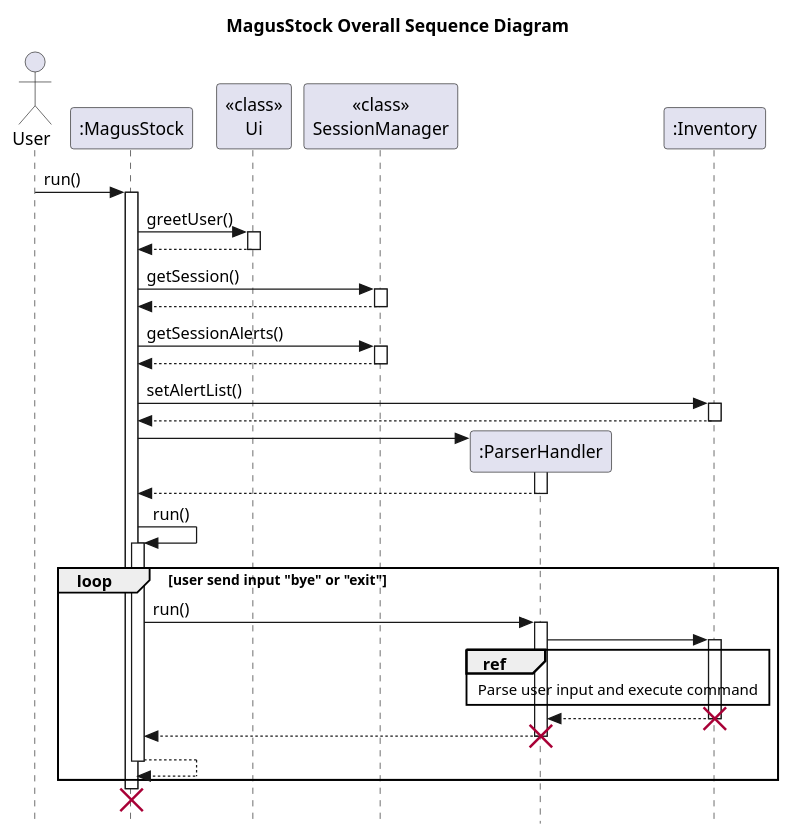
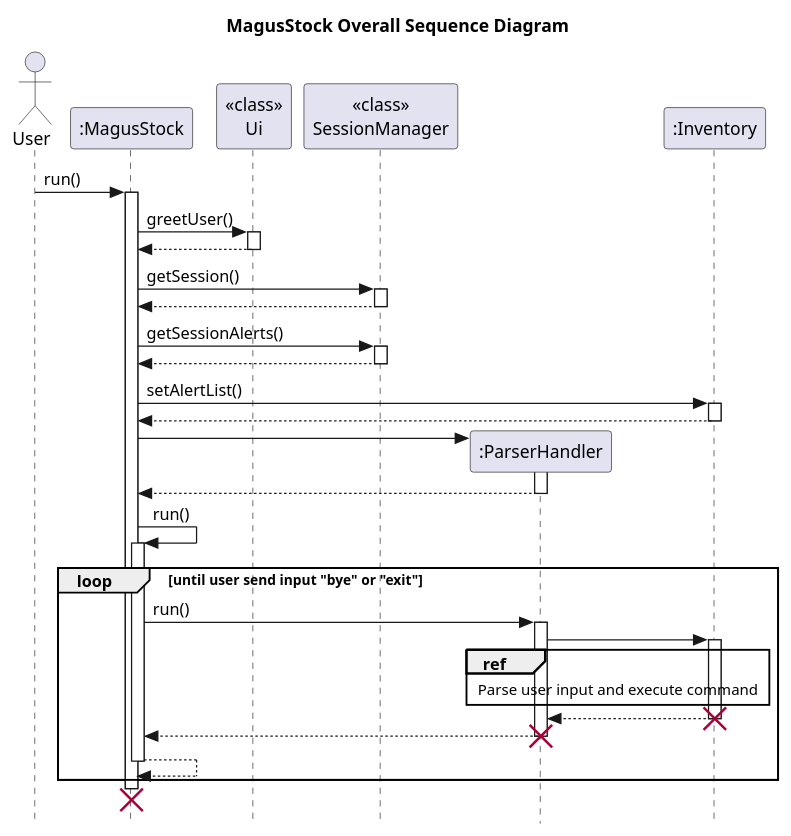
The diagram in docs/SequenceDiagram.puml (nus-cs2113-AY2223S2/tp), drawn with PlantUML before and after one commit. The commit also changed 2 other files, not shown here.

```diff
--- a/docs/SequenceDiagram.puml
+++ b/docs/SequenceDiagram.puml
@@ -2,53 +2,53 @@
 @startuml
 title MagusStock Overall Sequence Diagram
 
 skinparam style strictuml
 actor User
 participant ":MagusStock"
 participant "<<class>>\nUi"
 participant "<<class>>\nSessionManager"
 participant ":ParserHandler"
 participant ":Inventory"
 User -> ":MagusStock": run()
 activate ":MagusStock"
 ":MagusStock" -> "<<class>>\nUi": greetUser()
 activate "<<class>>\nUi"
 "<<class>>\nUi" --> ":MagusStock":
 deactivate "<<class>>\nUi"
 ":MagusStock" -> "<<class>>\nSessionManager": getSession()
 activate "<<class>>\nSessionManager"
 "<<class>>\nSessionManager" --> ":MagusStock":
 deactivate "<<class>>\nSessionManager"
 ":MagusStock" -> "<<class>>\nSessionManager": getSessionAlerts()
 activate "<<class>>\nSessionManager"
 "<<class>>\nSessionManager" --> ":MagusStock":
 deactivate "<<class>>\nSessionManager"
 ":MagusStock" -> ":Inventory": setAlertList()
 activate ":Inventory"
 ":Inventory" --> ":MagusStock":
 deactivate ":Inventory"
 ":MagusStock" -> ":ParserHandler"**:
 activate ":ParserHandler"
 ":ParserHandler" --> ":MagusStock":
 deactivate ":ParserHandler"
 ":MagusStock" -> ":MagusStock": run()
 activate ":MagusStock"
-loop user send input "bye" or "exit"
+loop until user send input "bye" or "exit"
 ":MagusStock" -> ":ParserHandler": run()
 activate ":ParserHandler"
 ":ParserHandler" -> ":Inventory":
 activate ":Inventory"
 ref over ":ParserHandler", ":Inventory": Parse user input and execute command
 ":Inventory" --> ":ParserHandler":
 destroy ":Inventory"
 deactivate ":Inventory"
 ":ParserHandler" --> ":MagusStock":
 deactivate ":ParserHandler"
 destroy ":ParserHandler"
 ":MagusStock" --> ":MagusStock":
 deactivate ":MagusStock"
 end
 destroy ":MagusStock"
 
 
 @enduml
```
